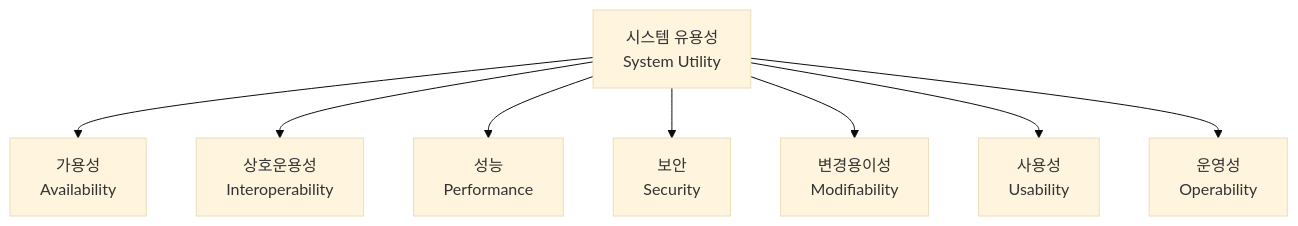
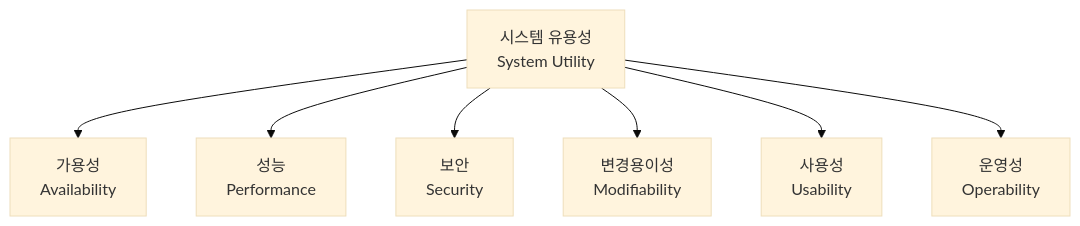
The first of 2 diagrams in src/content/docs/goodthinking-isp/04-design/utility-tree.md (sknkwoxs/manual-book), drawn with Mermaid (base theme) before and after one commit. The commit also changed other lines of this file and 6 other files, not shown here.

````diff
--- a/src/content/docs/goodthinking-isp/04-design/utility-tree.md
+++ b/src/content/docs/goodthinking-isp/04-design/utility-tree.md
@@ -14,19 +14,17 @@
 ```mermaid
 graph TD
     Root["시스템 유용성<br/>System Utility"]
     A["가용성<br/>Availability"]
-    B["상호운용성<br/>Interoperability"]
-    C["성능<br/>Performance"]
-    D["보안<br/>Security"]
-    E["변경용이성<br/>Modifiability"]
-    F["사용성<br/>Usability"]
-    G["운영성<br/>Operability"]
+    B["성능<br/>Performance"]
+    C["보안<br/>Security"]
+    D["변경용이성<br/>Modifiability"]
+    E["사용성<br/>Usability"]
+    F["운영성<br/>Operability"]
 
     Root --> A
     Root --> B
     Root --> C
     Root --> D
     Root --> E
     Root --> F
-    Root --> G
 ```
````
